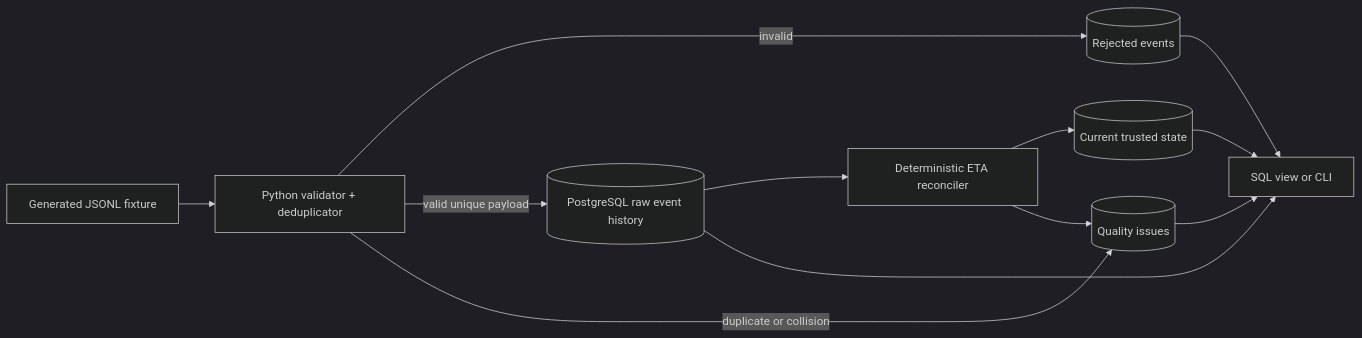
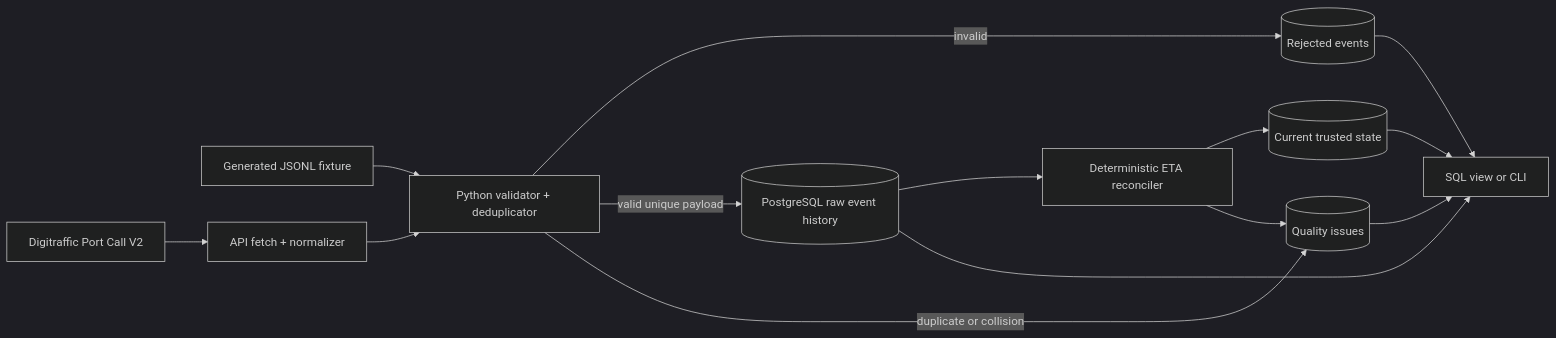
Before and after one commit to aminnkhann/PortPulse: the first of 3 diagrams in ARCHITECTURE.md, drawn with Mermaid (dark theme). The commit also changed other lines of this file and 3 other files, not shown here.

````diff
--- a/ARCHITECTURE.md
+++ b/ARCHITECTURE.md
@@ -15,14 +15,16 @@
 ```mermaid
 flowchart LR
     S[Generated JSONL fixture] --> V[Python validator + deduplicator]
+    D[Digitraffic Port Call V2] --> A[API fetch + normalizer]
+    A --> V
     V -->|invalid| X[(Rejected events)]
     V -->|valid unique payload| H[(PostgreSQL raw event history)]
     V -->|duplicate or collision| Q[(Quality issues)]
     H --> R[Deterministic ETA reconciler]
     R --> T[(Current trusted state)]
     R --> Q
     T --> CLI[SQL view or CLI]
     H --> CLI
     X --> CLI
     Q --> CLI
 ```
````
